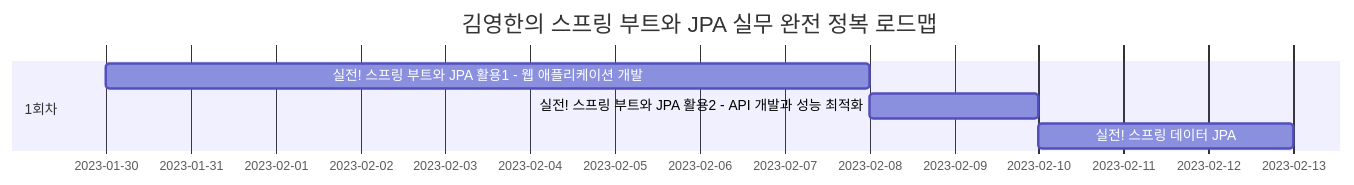
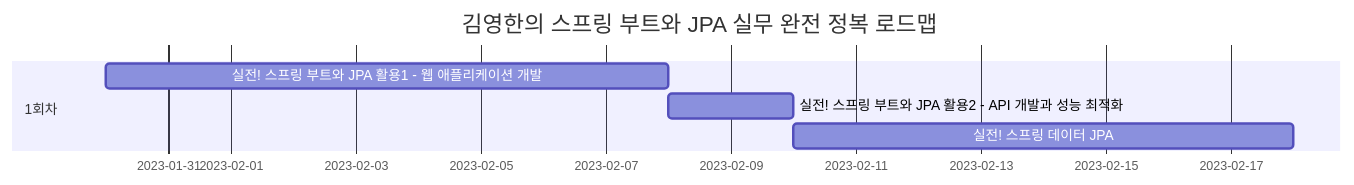
Before and after one commit to darkblose/spring-boot-jpa: the diagram in ReadMe.md, drawn with Mermaid.

Commit message:
update : README

````diff
--- a/ReadMe.md
+++ b/ReadMe.md
@@ -3,12 +3,12 @@
 ```mermaid
 gantt
 dateFormat YYYY-MM-DD
 title 김영한의 스프링 부트와 JPA 실무 완전 정복 로드맵
 
     section 1회차
     실전! 스프링 부트와 JPA 활용1 - 웹 애플리케이션 개발    :chap1, 2023-01-30, 2023-02-08
     실전! 스프링 부트와 JPA 활용2 - API 개발과 성능 최적화 :chap2, 2023-02-08, 2023-02-10
-    실전! 스프링 데이터 JPA                          :chap3, 2023-02-10, 2023-02-13
+    실전! 스프링 데이터 JPA                          :chap3, 2023-02-10, 2023-02-18
    
     
 ```
````
